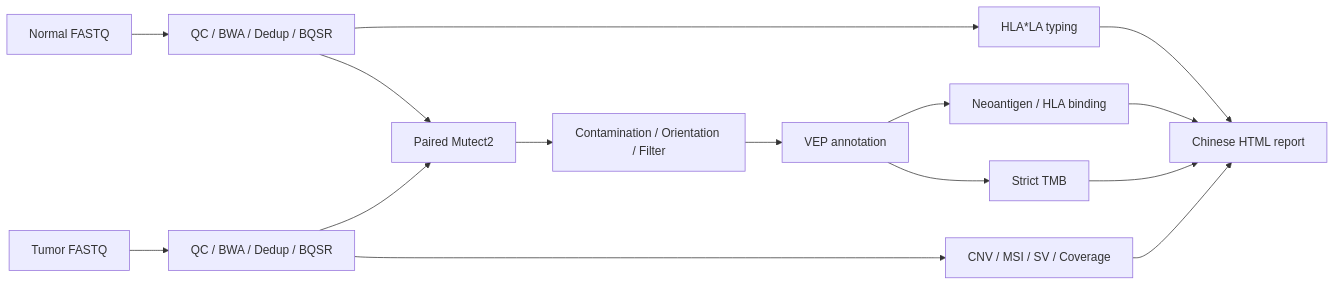
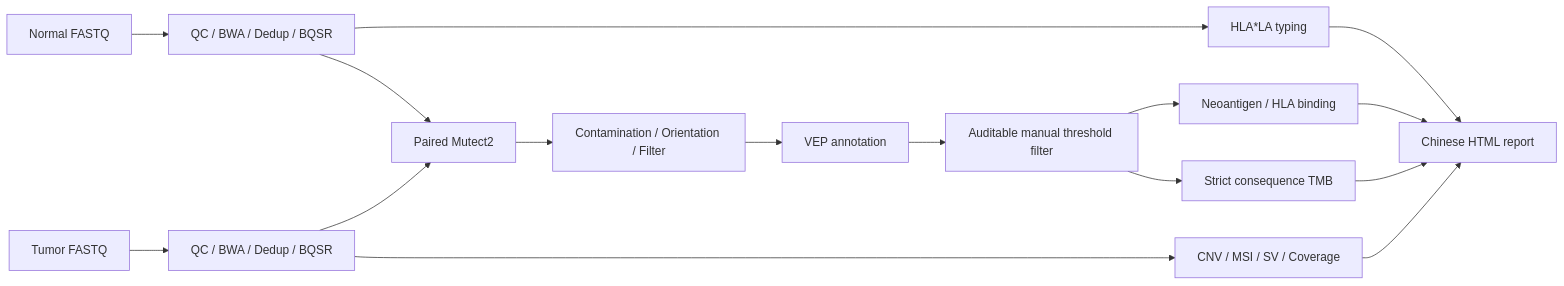
The diagram in README.md (Defphoenix/gaomei_wes), drawn with Mermaid before and after one commit. The commit also changed other lines of this file and 24 other files, not shown here.

Commit message:
Add post-VEP somatic threshold filtering

````diff
--- a/README.md
+++ b/README.md
@@ -57,17 +61,18 @@
 ```mermaid
 flowchart LR
     NF[Normal FASTQ] --> NP[QC / BWA / Dedup / BQSR]
     TF[Tumor FASTQ] --> TP[QC / BWA / Dedup / BQSR]
     NP --> HLA[HLA*LA typing]
     NP --> M2[Paired Mutect2]
     TP --> M2
     M2 --> VF[Contamination / Orientation / Filter]
     VF --> VEP[VEP annotation]
-    VEP --> NEO[Neoantigen / HLA binding]
-    VEP --> TMB[Strict TMB]
+    VEP --> MF[Auditable manual threshold filter]
+    MF --> NEO[Neoantigen / HLA binding]
+    MF --> TMB[Strict consequence TMB]
     TP --> OTHER[CNV / MSI / SV / Coverage]
     HLA --> REPORT[Chinese HTML report]
     NEO --> REPORT
     TMB --> REPORT
     OTHER --> REPORT
 ```
````
